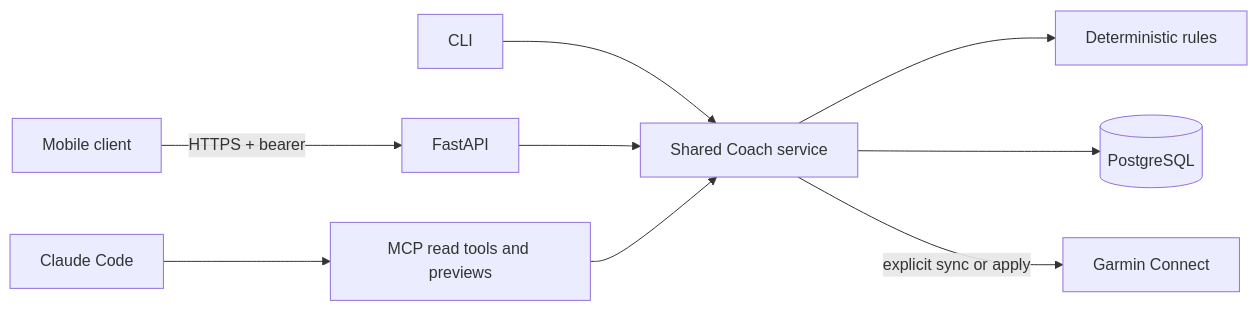
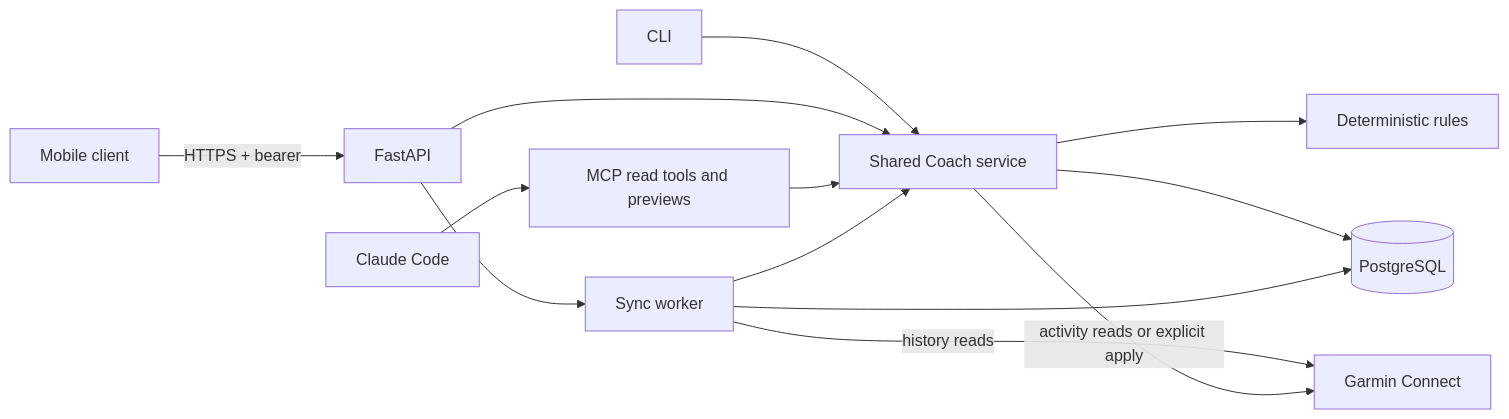
One commit to junlov/stride-coach changed the diagram in docs/architecture.md. Above: the diagram before and after it, drawn with Mermaid. The commit also changed other lines of this file and 44 other files, not shown here.

First line of the commit message:
feat(stride_coach): add automatic Garmin sync and resumable history imports (#25)

````diff
--- a/docs/architecture.md
+++ b/docs/architecture.md
@@ -21,11 +21,15 @@
 ```mermaid
 flowchart LR
     CLI[CLI] --> Service[Shared Coach service]
     Phone[Mobile client] -->|HTTPS + bearer| API[FastAPI]
     API --> Service
     Claude[Claude Code] --> MCP[MCP read tools and previews]
     MCP --> Service
     Service --> Engine[Deterministic rules]
     Service --> DB[(PostgreSQL)]
-    Service -->|explicit sync or apply| Garmin[Garmin Connect]
+    API --> Worker[Sync worker]
+    Worker --> Service
+    Worker --> DB
+    Worker -->|history reads| Garmin[Garmin Connect]
+    Service -->|activity reads or explicit apply| Garmin
 ```
````
